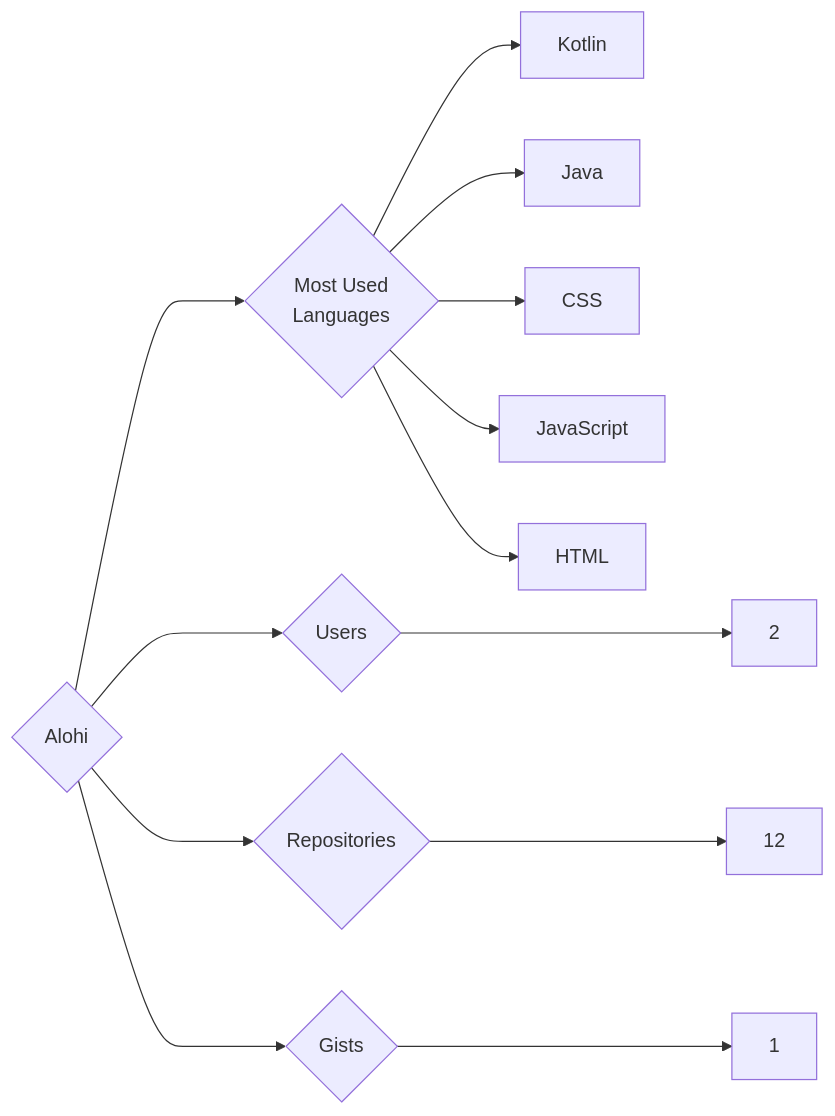
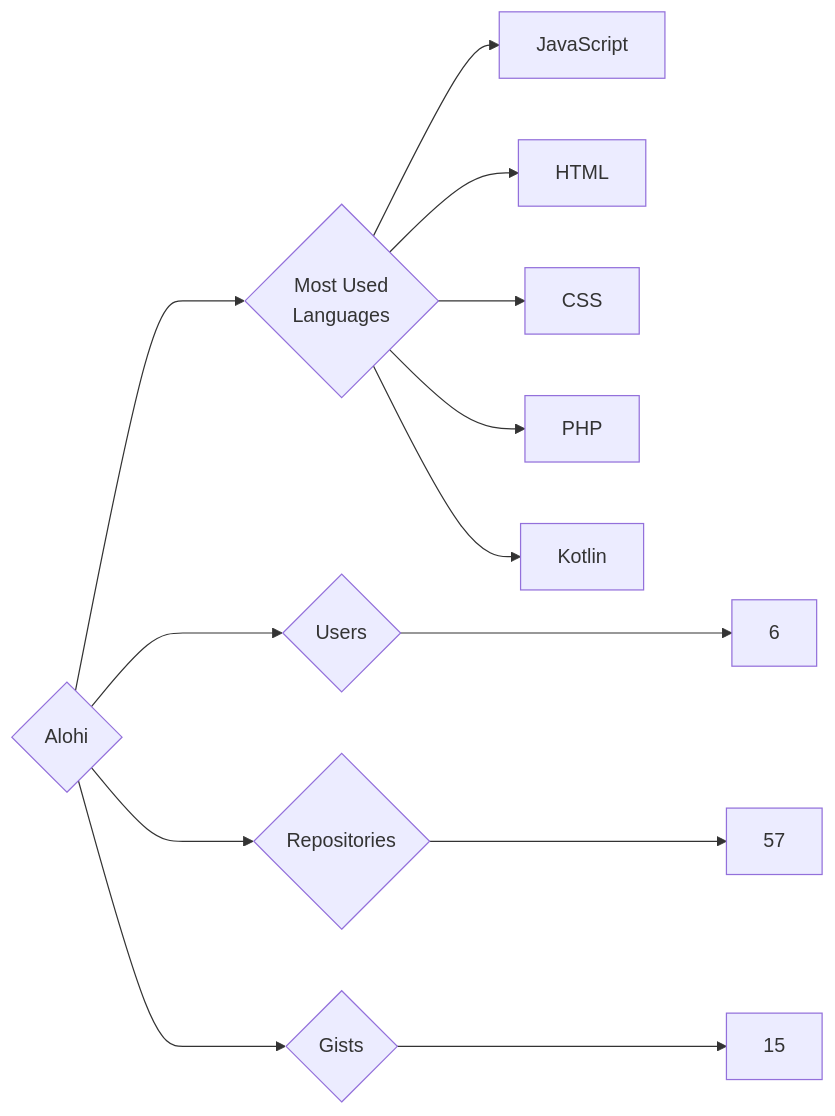
One commit to trickest/insiders changed the diagram in targets/Alohi/README.md. Above: the diagram before and after it, drawn with Mermaid. The commit also changed 924 other files, not shown here.

````diff
--- a/targets/Alohi/README.md
+++ b/targets/Alohi/README.md
@@ -3,13 +3,13 @@
 ```mermaid
 graph LR
 COMPANY_NAME{Alohi}
-COMPANY_NAME ---> U{Users} ---> UN[2]
-COMPANY_NAME ---> R{Repositories} ---> RN[12]
-COMPANY_NAME ---> G{Gists} ---> GN[1]
+COMPANY_NAME ---> U{Users} ---> UN[6]
+COMPANY_NAME ---> R{Repositories} ---> RN[57]
+COMPANY_NAME ---> G{Gists} ---> GN[15]
 COMPANY_NAME ---> ML{Most Used<br>Languages}
-ML --> Kotlin[Kotlin]
-ML --> Java[Java]
-ML --> CSS[CSS]
 ML --> JavaScript[JavaScript]
 ML --> HTML[HTML]
+ML --> CSS[CSS]
+ML --> PHP[PHP]
+ML --> Kotlin[Kotlin]
 ```
````
